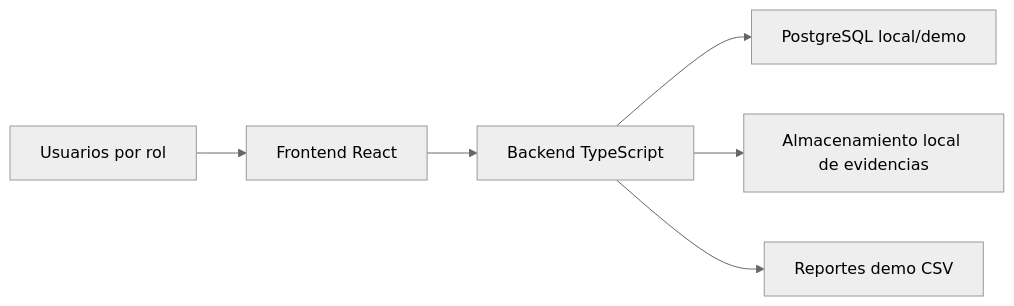
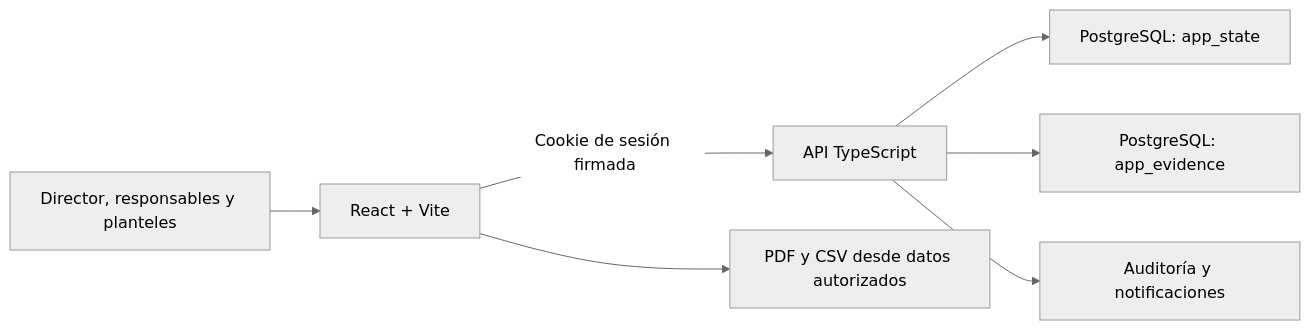
Before and after one commit to ADP-co/ADPeak: the first of 2 diagrams in docs/architecture/OVERVIEW.md, drawn with Mermaid (neutral theme). The commit also changed other lines of this file and 80 other files, not shown here.

````diff
--- a/docs/architecture/OVERVIEW.md
+++ b/docs/architecture/OVERVIEW.md
@@ -11,8 +11,9 @@
 ```mermaid
 flowchart LR
-  U["Usuarios por rol"] --> FE["Frontend React"]
-  FE --> API["Backend TypeScript"]
-  API --> DB["PostgreSQL local/demo"]
-  API --> FS["Almacenamiento local de evidencias"]
-  API --> R["Reportes demo CSV"]
+  U["Director, responsables y planteles"] --> FE["React + Vite"]
+  FE -->|"Cookie de sesión firmada"| API["API TypeScript"]
+  API --> STATE["PostgreSQL: app_state"]
+  API --> FILES["PostgreSQL: app_evidence"]
+  API --> AUDIT["Auditoría y notificaciones"]
+  FE --> EXPORT["PDF y CSV desde datos autorizados"]
 ```
````
